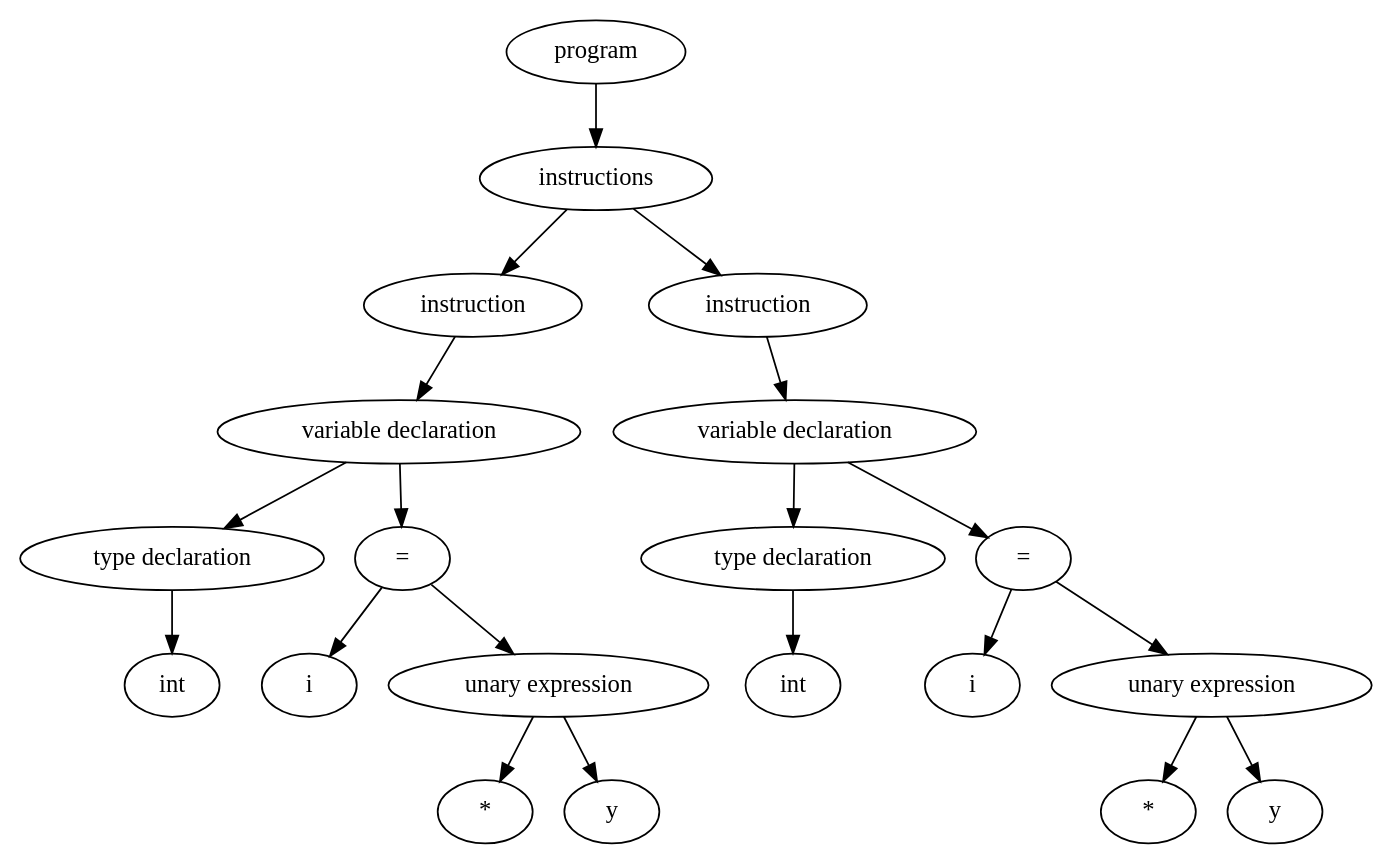
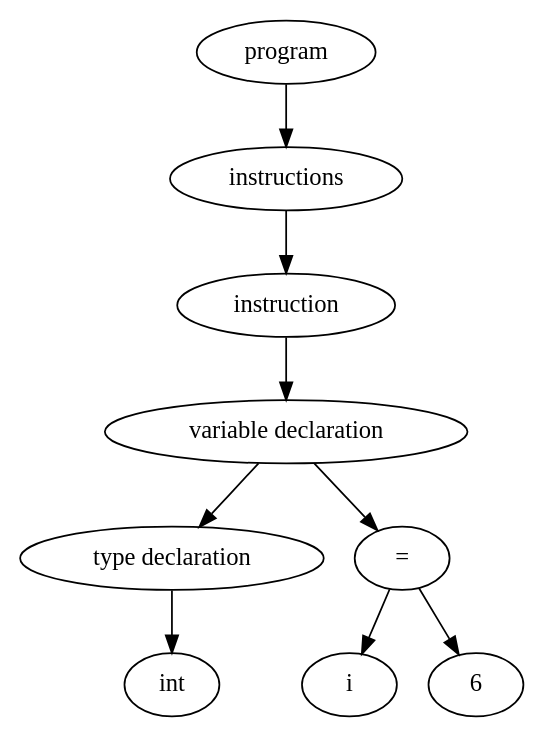
The diagram in output/ast.gv (RobMandelings/CompilersProject), drawn with Graphviz before and after one commit. The commit also changed 6 other files, not shown here.

```diff
--- a/output/ast.gv
+++ b/output/ast.gv
@@ -1,41 +1,19 @@
 digraph "Abstract Syntax Tree" {
-	140519490624240 [label=int]
-	140519490623808 -> 140519490624240
-	140519490623808 [label="type declaration"]
-	140519490622896 -> 140519490623808
-	140519490623040 [label=i]
-	140519490623664 -> 140519490623040
-	140519490625056 [label="*"]
-	140519490624960 -> 140519490625056
-	140519490646560 [label=y]
-	140519490624960 -> 140519490646560
-	140519490624960 [label="unary expression"]
-	140519490623664 -> 140519490624960
-	140519490623664 [label="="]
-	140519490622896 -> 140519490623664
-	140519490622896 [label="variable declaration"]
-	140519490624864 -> 140519490622896
-	140519490624864 [label=instruction]
-	140519490624816 -> 140519490624864
-	140519490647136 [label=int]
-	140519490646704 -> 140519490647136
-	140519490646704 [label="type declaration"]
-	140519490646128 -> 140519490646704
-	140519490647472 [label=i]
-	140519490646896 -> 140519490647472
-	140519490647760 [label="*"]
-	140519490647664 -> 140519490647760
-	140519490648048 [label=y]
-	140519490647664 -> 140519490648048
-	140519490647664 [label="unary expression"]
-	140519490646896 -> 140519490647664
-	140519490646896 [label="="]
-	140519490646128 -> 140519490646896
-	140519490646128 [label="variable declaration"]
-	140519490625344 -> 140519490646128
-	140519490625344 [label=instruction]
-	140519490624816 -> 140519490625344
-	140519490624816 [label=instructions]
-	140519490625104 -> 140519490624816
-	140519490625104 [label=program]
+	139792091112840 [label=int]
+	139792091113624 -> 139792091112840
+	139792091113624 [label="type declaration"]
+	139792091113288 -> 139792091113624
+	139792091112952 [label=i]
+	139792091112616 -> 139792091112952
+	139792091113344 [label=6]
+	139792091112616 -> 139792091113344
+	139792091112616 [label="="]
+	139792091113288 -> 139792091112616
+	139792091113288 [label="variable declaration"]
+	139792091113064 -> 139792091113288
+	139792091113064 [label=instruction]
+	139792091113008 -> 139792091113064
+	139792091113008 [label=instructions]
+	139792091112336 -> 139792091113008
+	139792091112336 [label=program]
 }
```
